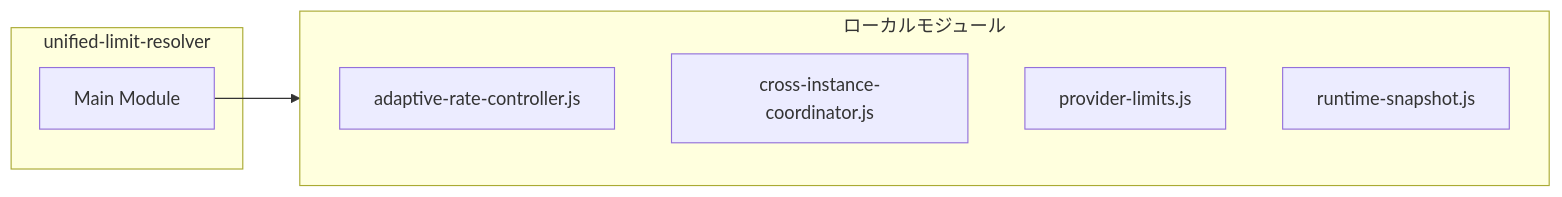
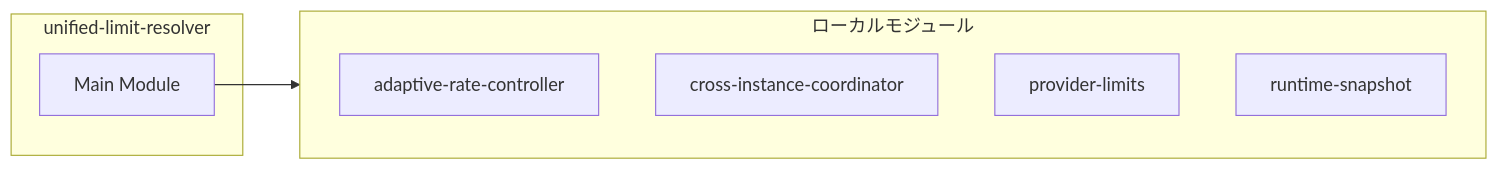
One commit to Mekann2904/mekann changed the second of 4 diagrams in ABDD/.pi/lib/unified-limit-resolver.md. Above: the diagram before and after it, drawn with Mermaid. The commit also changed other lines of this file and 174 other files, not shown here.

First line of the commit message:
fix(docs): ABDDのMermaid図生成エラーを修正する

````diff
--- a/ABDD/.pi/lib/unified-limit-resolver.md
+++ b/ABDD/.pi/lib/unified-limit-resolver.md
@@ -81,13 +81,13 @@
 ```mermaid
 flowchart LR
   subgraph this[unified-limit-resolver]
     main[Main Module]
   end
   subgraph local[ローカルモジュール]
-    adaptive_rate_controller_js["adaptive-rate-controller.js"]
-    cross_instance_coordinator_js["cross-instance-coordinator.js"]
-    provider_limits_js["provider-limits.js"]
-    runtime_snapshot_js["runtime-snapshot.js"]
+    adaptive_rate_controller["adaptive-rate-controller"]
+    cross_instance_coordinator["cross-instance-coordinator"]
+    provider_limits["provider-limits"]
+    runtime_snapshot["runtime-snapshot"]
   end
   main --> local
 ```
````
